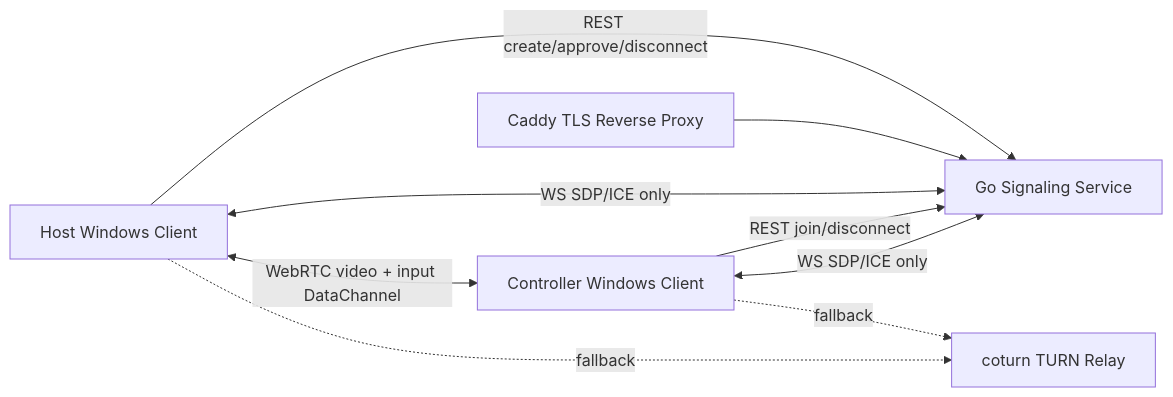
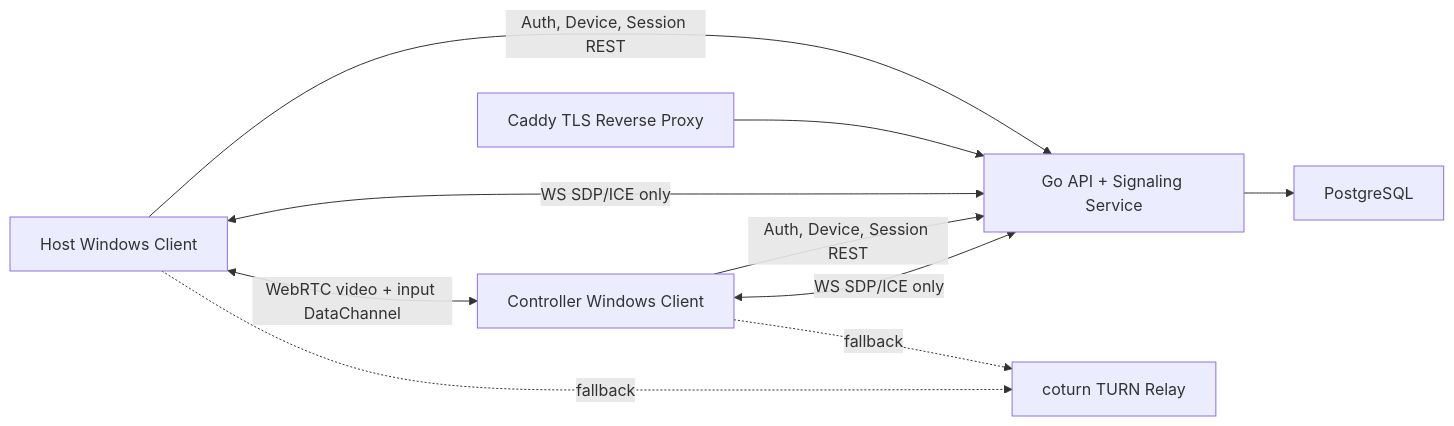
Before and after one commit to hajimi1214/RemoteAssist: the diagram in docs/architecture.md, drawn with Mermaid. The commit also changed other lines of this file and 48 other files, not shown here.

Commit message:
feat: add auth and device management

````diff
--- a/docs/architecture.md
+++ b/docs/architecture.md
@@ -3,11 +3,12 @@
 ```mermaid
 flowchart LR
-  Host["Host Windows Client"] -->|REST create/approve/disconnect| Signaling["Go Signaling Service"]
-  Controller["Controller Windows Client"] -->|REST join/disconnect| Signaling
+  Host["Host Windows Client"] -->|Auth, Device, Session REST| Signaling["Go API + Signaling Service"]
+  Controller["Controller Windows Client"] -->|Auth, Device, Session REST| Signaling
+  Signaling --> DB["PostgreSQL"]
   Host <-->|WS SDP/ICE only| Signaling
   Controller <-->|WS SDP/ICE only| Signaling
   Host <-->|WebRTC video + input DataChannel| Controller
   Controller -. fallback .-> TURN["coturn TURN Relay"]
   Host -. fallback .-> TURN
   Caddy["Caddy TLS Reverse Proxy"] --> Signaling
 ```
````
